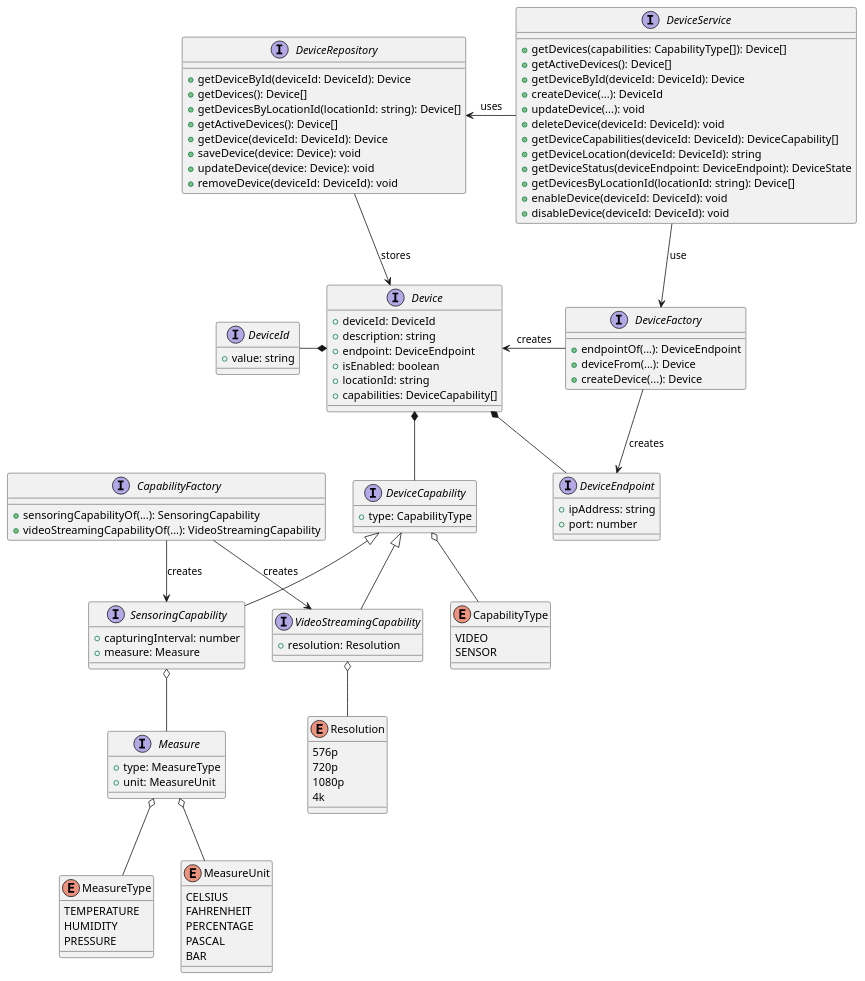
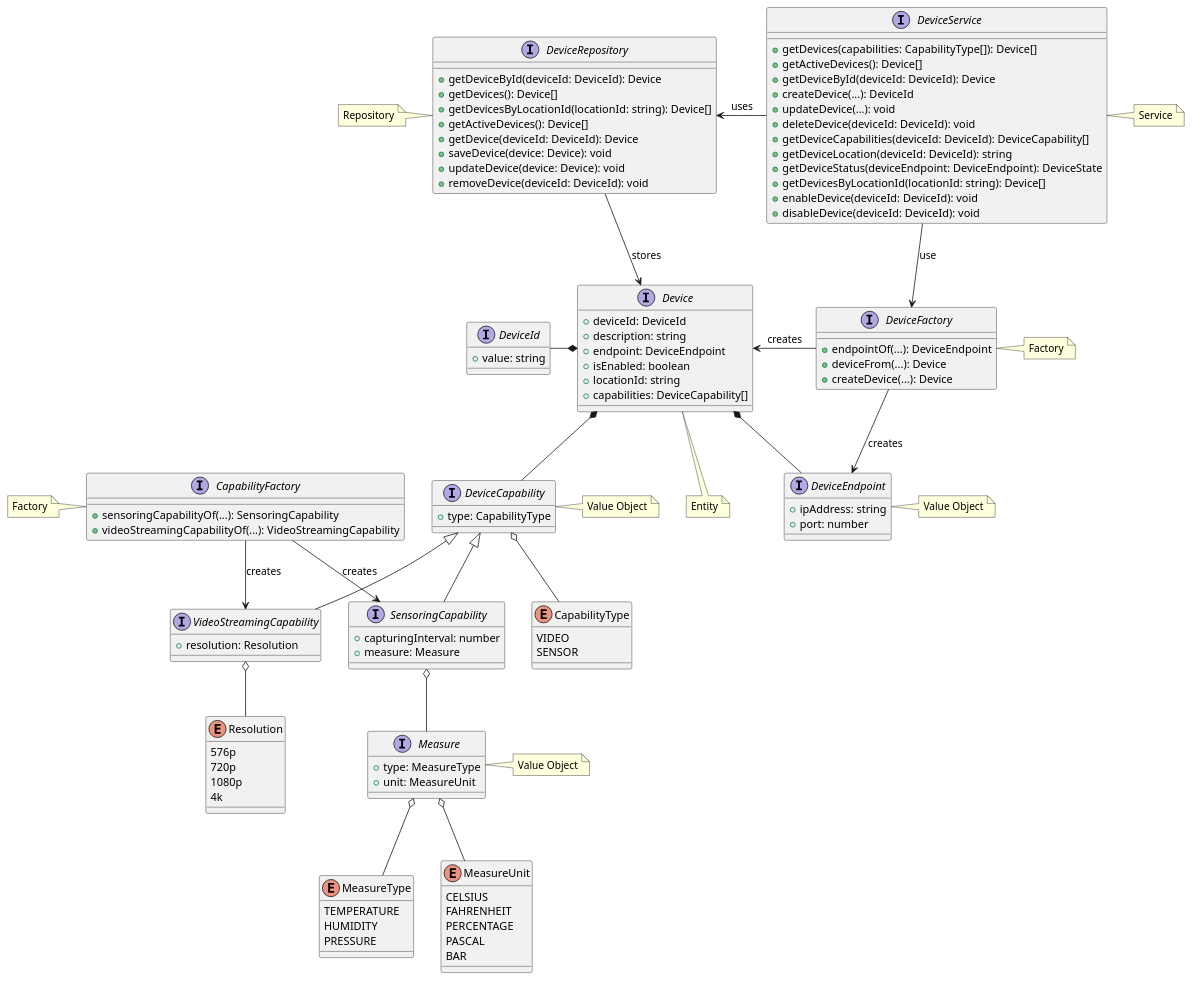
Before and after one commit to revue-org/revue: the diagram in docs/uml/domain/bounded-context/new/Device-Monitoring.puml, drawn with PlantUML.

Commit message:
docs(uml): add notes to Device Monitoring uml

```diff
--- a/docs/uml/domain/bounded-context/new/Device-Monitoring.puml
+++ b/docs/uml/domain/bounded-context/new/Device-Monitoring.puml
@@ -1,165 +1,171 @@
 @startuml
 
 'interface DomainEvent {
 '  + id: DomainEventId
 '  + timestamp: Date
 '}
 '
 'interface DeviceEvent {
 '  + sourceDeviceId: string
 '}
 '
 'interface Measurement {
 '  + measure: Measure
 '  + value: any
 '}
 '
 'interface MonitoringService {
 ' + getCapturingDevices(): Device[]
 ' + startMonitoring(deviceId: DeviceId): void
 ' + stopMonitoring(deviceId: DeviceId): void
 '}
 '
 'interface DeviceState {
 '  + id: string
 '  + location: string
 '  + enabled: boolean
 '  + capabilities: DeviceCapability[]
 '}
 '
 'DomainEvent <|-- DeviceEvent
 'DeviceEvent <|-- Measurement
 
 
 enum MeasureType {
   TEMPERATURE
   HUMIDITY
   PRESSURE
 }
 
 enum MeasureUnit {
   CELSIUS
   FAHRENHEIT
   PERCENTAGE
   PASCAL
   BAR
 }
 
 interface Measure {
   + type: MeasureType
   + unit: MeasureUnit
 }
+note right of Measure: Value Object
 Measure o-- MeasureType
 Measure o-- MeasureUnit
 
 
 
 
 
 '------------ DEVICES ------------
 
 
 interface DeviceId {
   + value: string
 }
 
 interface DeviceEndpoint {
   + ipAddress: string
   + port: number
 }
+note right of DeviceEndpoint: Value Object
 
 enum CapabilityType {
   VIDEO
   SENSOR
 }
 
 interface DeviceCapability {
   + type: CapabilityType
 }
+note right of DeviceCapability: Value Object
 DeviceCapability o-- CapabilityType
 
 interface VideoStreamingCapability {
   + resolution: Resolution
 }
 VideoStreamingCapability -up-|> DeviceCapability
 VideoStreamingCapability o-- Resolution
 
 enum Resolution {
   576p
   720p
   1080p
   4k
 }
 
 interface SensoringCapability {
   + capturingInterval: number
   + measure: Measure
 }
 SensoringCapability -up-|> DeviceCapability
 SensoringCapability o-- Measure
 
 interface CapabilityFactory {
   + sensoringCapabilityOf(...): SensoringCapability
   + videoStreamingCapabilityOf(...): VideoStreamingCapability
 }
+note left of CapabilityFactory: Factory
 
 CapabilityFactory --> SensoringCapability: creates
 CapabilityFactory --> VideoStreamingCapability: creates
 
 interface Device {
   + deviceId: DeviceId
   + description: string
   + endpoint: DeviceEndpoint
   + isEnabled: boolean
   + locationId: string
   + capabilities: DeviceCapability[]
 }
 Device *-left- DeviceId
 Device *-- DeviceEndpoint
 Device *-- DeviceCapability
 
 
 interface DeviceFactory {
   + endpointOf(...): DeviceEndpoint
   + deviceFrom(...): Device
   + createDevice(...): Device
 }
+note right of DeviceFactory: Factory
 
 interface DeviceRepository {
   + getDeviceById(deviceId: DeviceId): Device
   + getDevices(): Device[]
   + getDevicesByLocationId(locationId: string): Device[]
   + getActiveDevices(): Device[]
   + getDevice(deviceId: DeviceId): Device
   + saveDevice(device: Device): void
   + updateDevice(device: Device): void
   + removeDevice(deviceId: DeviceId): void
 }
+note left of DeviceRepository: Repository
 
 interface DeviceService {
   + getDevices(capabilities: CapabilityType[]): Device[]
   + getActiveDevices(): Device[]
   + getDeviceById(deviceId: DeviceId): Device
   + createDevice(...): DeviceId
   + updateDevice(...): void
   + deleteDevice(deviceId: DeviceId): void
   + getDeviceCapabilities(deviceId: DeviceId): DeviceCapability[]
   + getDeviceLocation(deviceId: DeviceId): string
   + getDeviceStatus(deviceEndpoint: DeviceEndpoint): DeviceState
   + getDevicesByLocationId(locationId: string): Device[]
   + enableDevice(deviceId: DeviceId): void
   + disableDevice(deviceId: DeviceId): void
 }
-
+note right of DeviceService: Service
 
 DeviceFactory -left-> Device: creates
 DeviceFactory --> DeviceEndpoint: creates
 DeviceRepository --> Device : stores
 DeviceService -left-> DeviceRepository: uses
 DeviceService --> DeviceFactory: use
 
-'note bottom of Device: Entity
+note bottom of Device: Entity
 
 
 
 @enduml
```
